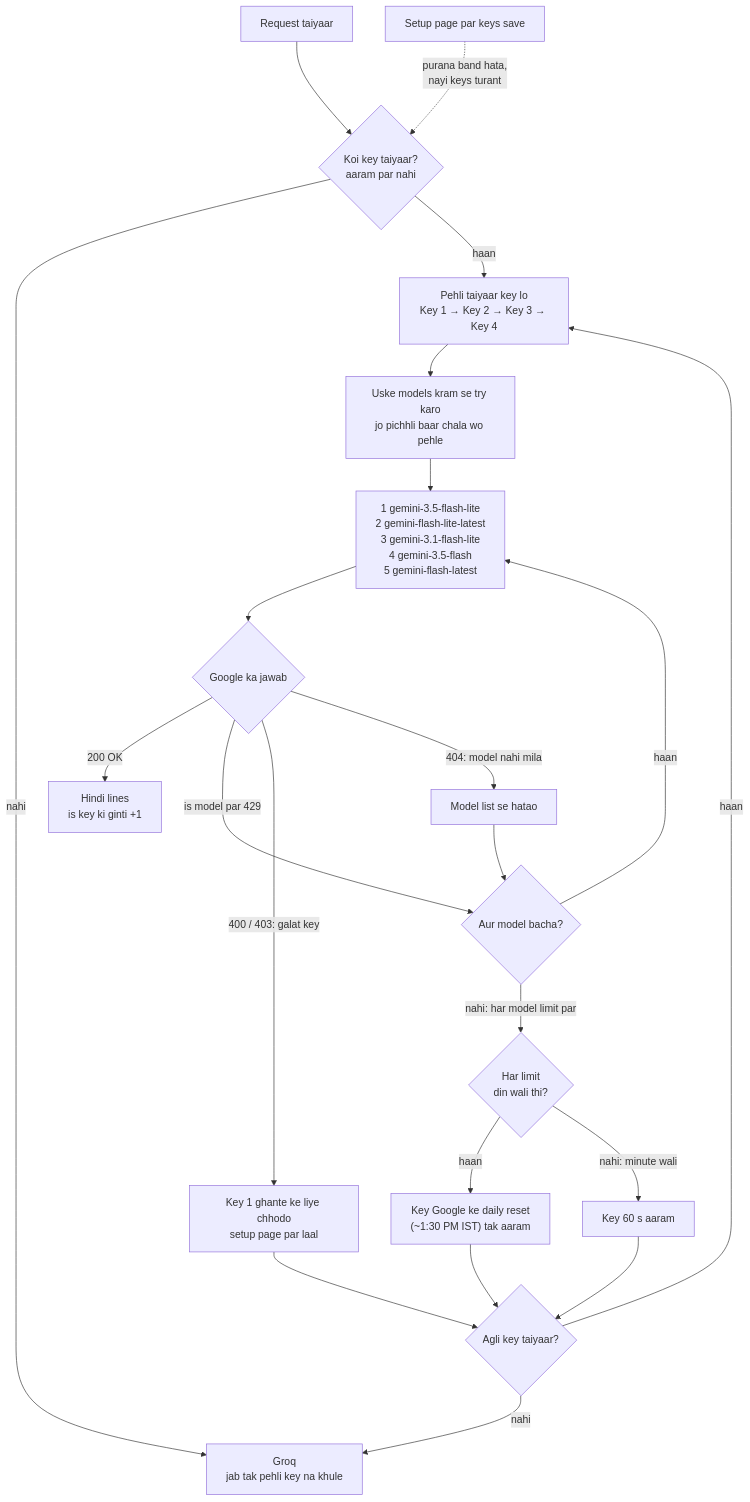
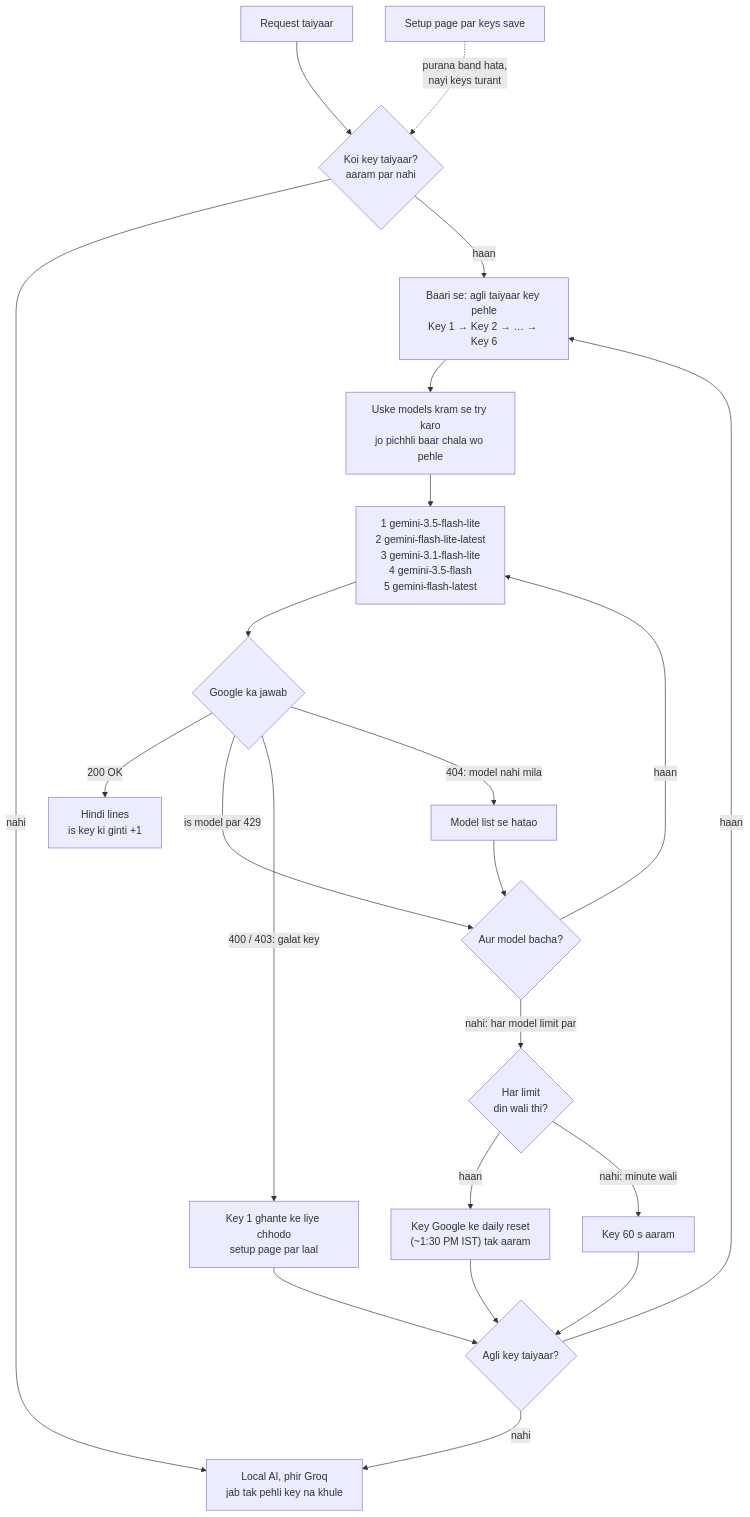
One commit to jitendra205saini/Manga-Translator changed the fifth of 6 diagrams in README.hinglish.md. Above: the diagram before and after it, drawn with Mermaid. The commit also changed other lines of this file and 1 other file, not shown here.

Commit message:
README: local AI in diagrams, 6 keys round robin

````diff
--- a/README.hinglish.md
+++ b/README.hinglish.md
@@ -224,23 +228,23 @@
 ```mermaid
 flowchart TD
     S["Request taiyaar"] --> A{"Koi key taiyaar?<br/>aaram par nahi"}
-    A -->|"nahi"| GQ["Groq<br/>jab tak pehli key na khule"]
-    A -->|"haan"| K["Pehli taiyaar key lo<br/>Key 1 → Key 2 → Key 3 → Key 4"]
+    A -->|"nahi"| GQ["Local AI, phir Groq<br/>jab tak pehli key na khule"]
+    A -->|"haan"| K["Baari se: agli taiyaar key pehle<br/>Key 1 → Key 2 → … → Key 6"]
     K --> MD["Uske models kram se try karo<br/>jo pichhli baar chala wo pehle"]
     MD --> L["1 gemini-3.5-flash-lite<br/>2 gemini-flash-lite-latest<br/>3 gemini-3.1-flash-lite<br/>4 gemini-3.5-flash<br/>5 gemini-flash-latest"]
     L --> R{"Google ka jawab"}
     R -->|"200 OK"| OK["Hindi lines<br/>is key ki ginti +1"]
     R -->|"is model par 429"| NM{"Aur model bacha?"}
     NM -->|"haan"| L
     NM -->|"nahi: har model limit par"| T{"Har limit<br/>din wali thi?"}
     T -->|"haan"| DAY["Key Google ke daily reset<br/>(~1:30 PM IST) tak aaram"]
     T -->|"nahi: minute wali"| MIN["Key 60 s aaram"]
     R -->|"400 / 403: galat key"| BAD["Key 1 ghante ke liye chhodo<br/>setup page par laal"]
     R -->|"404: model nahi mila"| GONE["Model list se hatao"] --> NM
     DAY --> NK{"Agli key taiyaar?"}
     MIN --> NK
     BAD --> NK
     NK -->|"haan"| K
     NK -->|"nahi"| GQ
     SAVE["Setup page par keys save"] -.->|"purana band hata,<br/>nayi keys turant"| A
 ```
````
